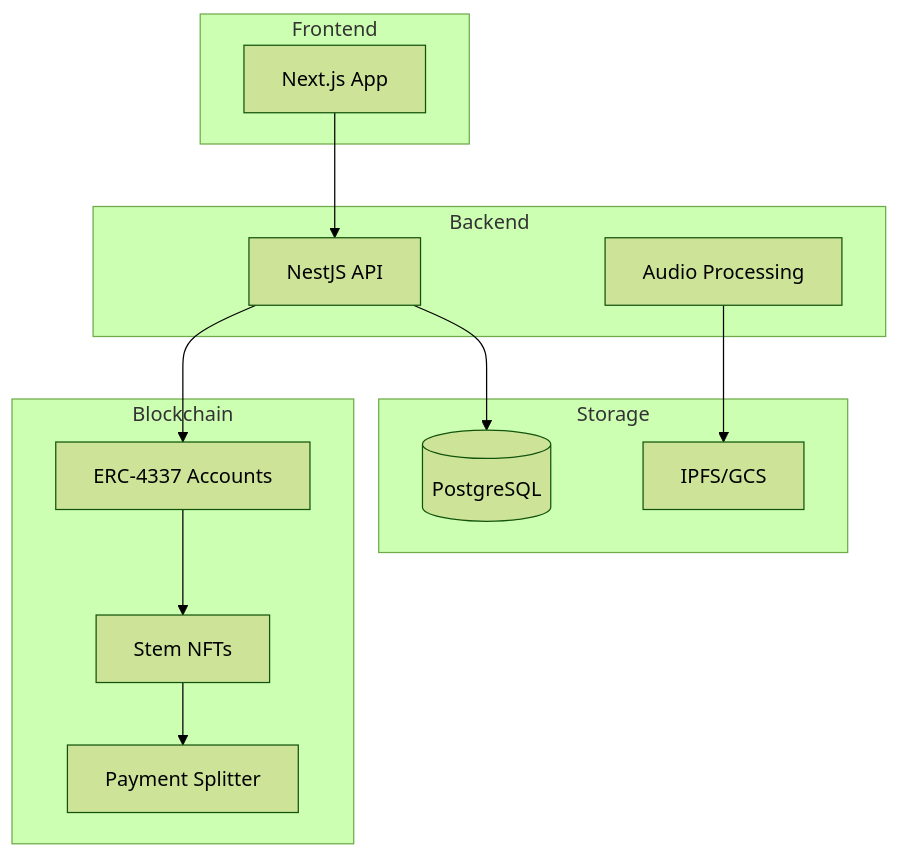
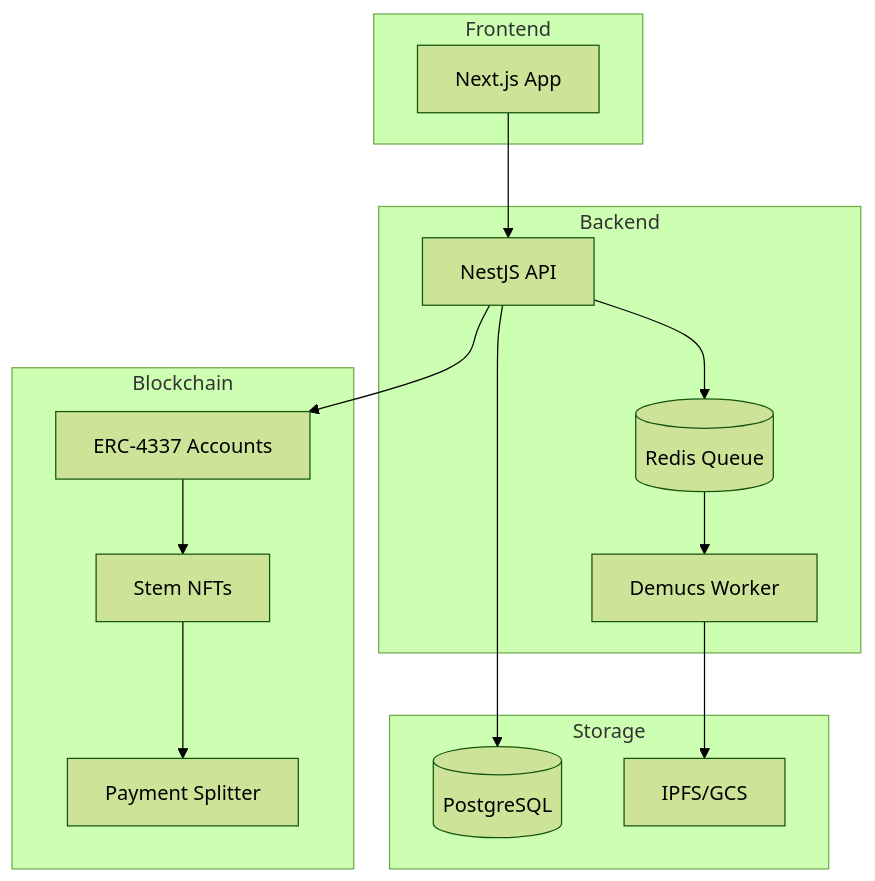
One commit to akoita/resonate changed the diagram in README.md. Above: the diagram before and after it, drawn with Mermaid (forest theme). The commit also changed other lines of this file and 37 other files, not shown here.

````diff
--- a/README.md
+++ b/README.md
@@ -38,29 +38,32 @@
 ```mermaid
 graph TB
     subgraph Frontend
         Web[Next.js App]
     end
     
     subgraph Backend
         API[NestJS API]
-        Worker[Audio Processing]
+        Worker[Demucs Worker]
+        Redis[(Redis Queue)]
     end
     
     subgraph Blockchain
         AA[ERC-4337 Accounts]
         NFT[Stem NFTs]
         Split[Payment Splitter]
     end
     
     subgraph Storage
         DB[(PostgreSQL)]
         IPFS[IPFS/GCS]
     end
     
     Web --> API
     API --> DB
+    API --> Redis
+    Redis --> Worker
     API --> AA
     Worker --> IPFS
     AA --> NFT
     NFT --> Split
 ```
````
